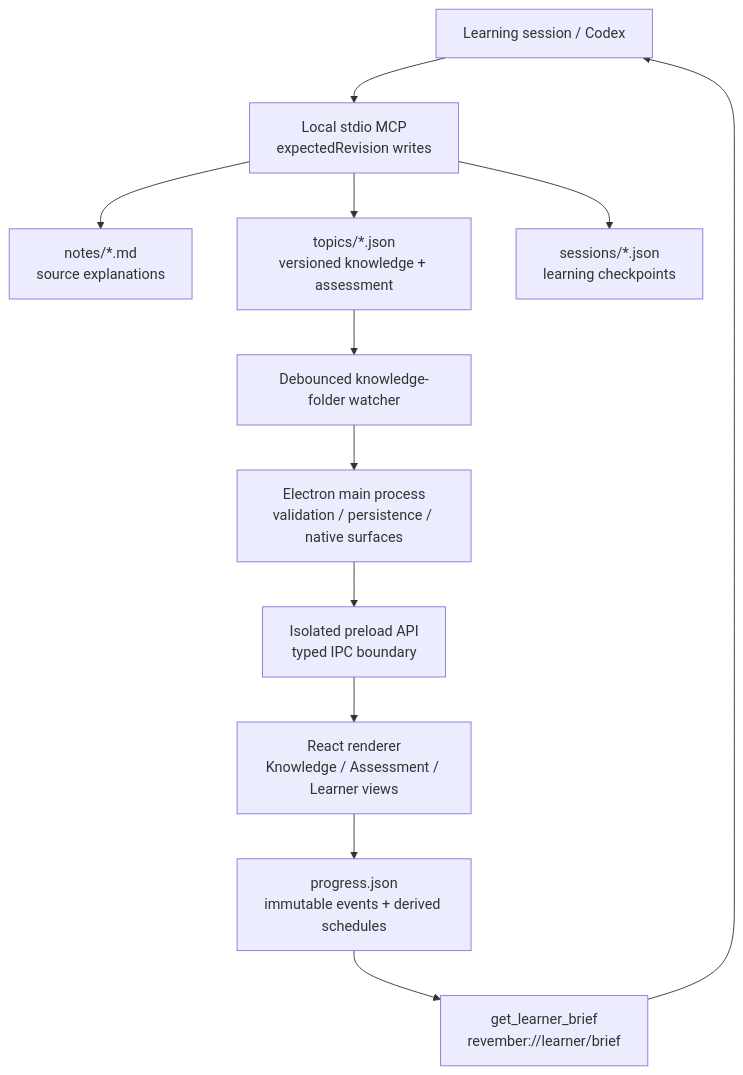
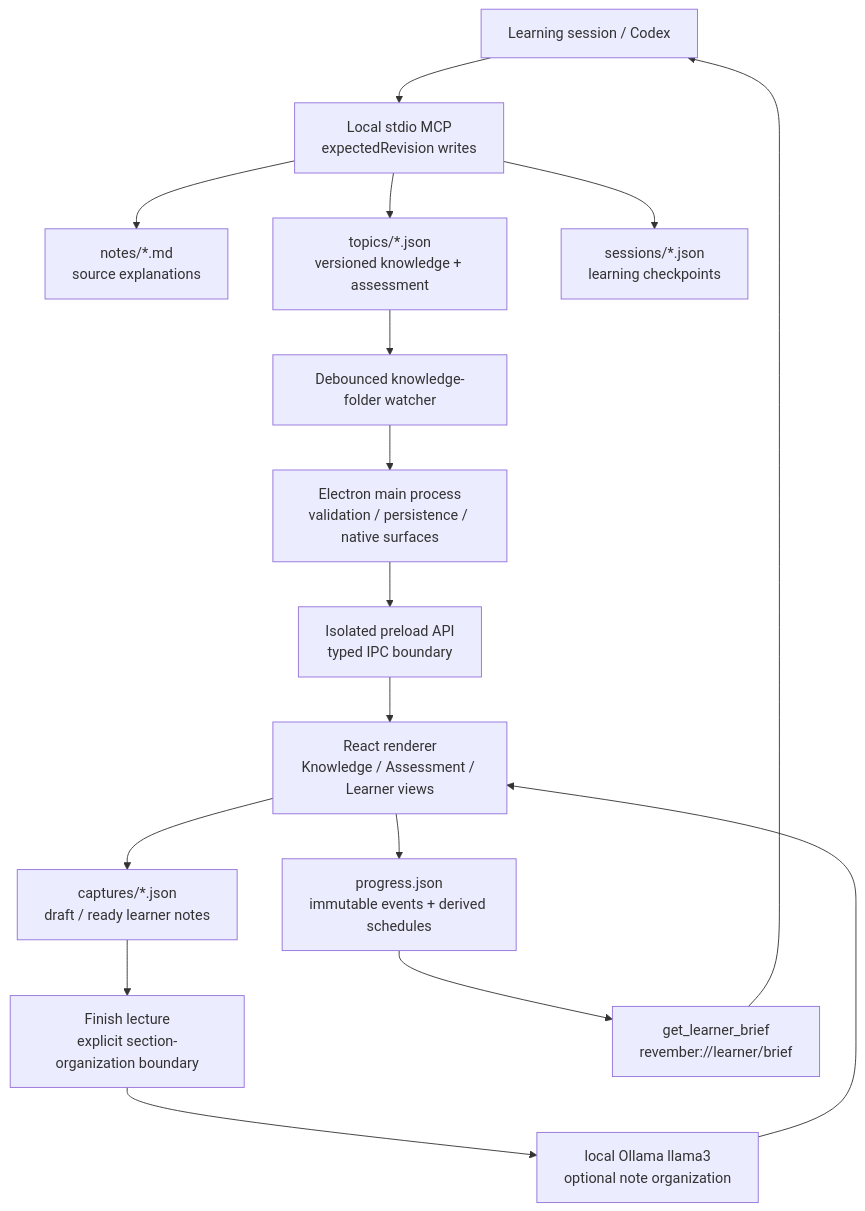
Before and after one commit to YashVG/revember_v2: the diagram in docs/architecture/closed-loop-learning-system.md, drawn with Mermaid. The commit also changed other lines of this file and 13 other files, not shown here.

````diff
--- a/docs/architecture/closed-loop-learning-system.md
+++ b/docs/architecture/closed-loop-learning-system.md
@@ -5,21 +5,25 @@
 ```mermaid
 flowchart TD
     codex["Learning session / Codex"]
     mcp["Local stdio MCP<br/>expectedRevision writes"]
     notes["notes/*.md<br/>source explanations"]
     topics["topics/*.json<br/>versioned knowledge + assessment"]
     sessions["sessions/*.json<br/>learning checkpoints"]
+    captures["captures/*.json<br/>draft / ready learner notes"]
+    finish["Finish lecture<br/>explicit section-organization boundary"]
+    ollama["local Ollama llama3<br/>optional note organization"]
     watcher["Debounced knowledge-folder watcher"]
     main["Electron main process<br/>validation / persistence / native surfaces"]
     preload["Isolated preload API<br/>typed IPC boundary"]
     app["React renderer<br/>Knowledge / Assessment / Learner views"]
     progress["progress.json<br/>immutable events + derived schedules"]
     brief["get_learner_brief<br/>revember://learner/brief"]
 
     codex --> mcp
     mcp --> notes
     mcp --> topics
     mcp --> sessions
     topics --> watcher --> main --> preload --> app
+    app --> captures --> finish --> ollama --> app
     app --> progress --> brief --> codex
 ```
````
